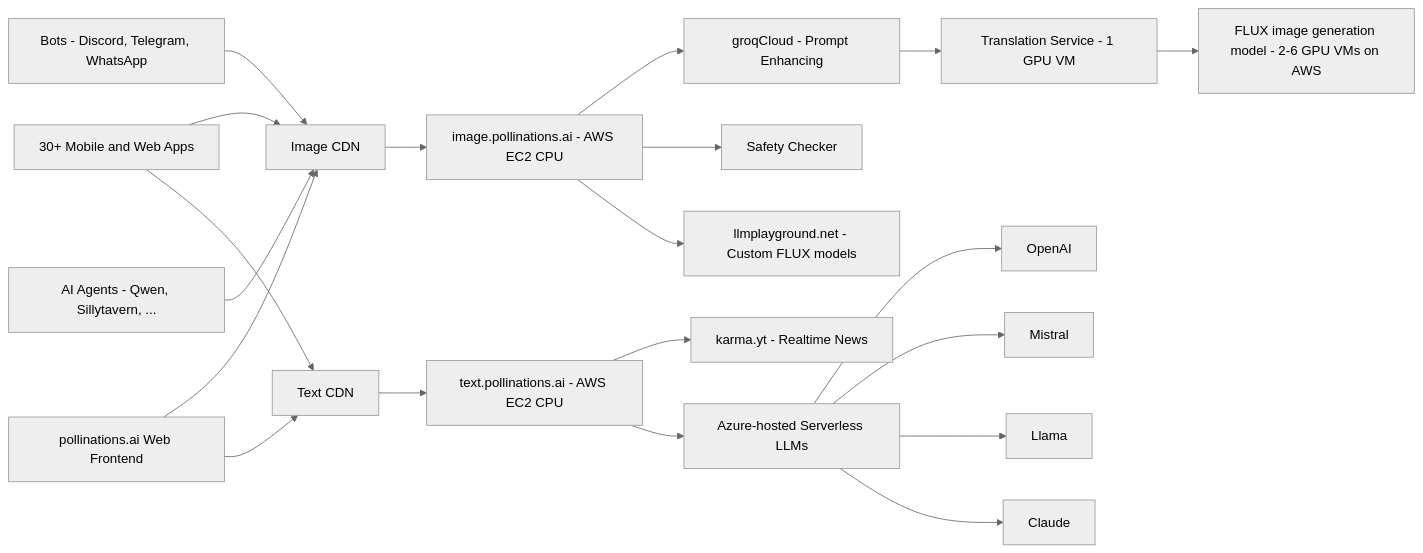
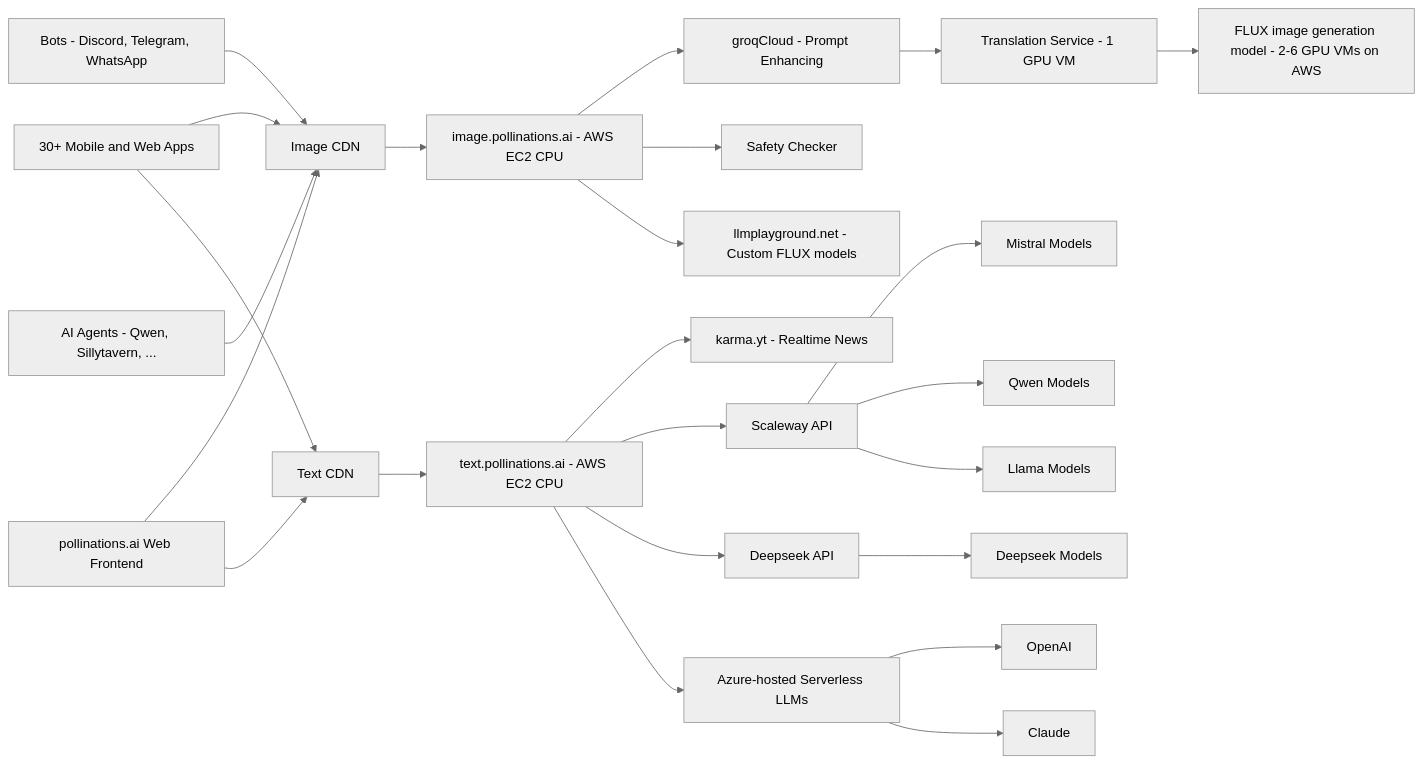
The diagram in README.md (pollinations/pollinations), drawn with Mermaid (neutral theme) before and after one commit.

Commit message:
Update mermaid diagram with new text API endpoints
Updated the architecture diagram to reflect:
- Added Scaleway API for mistral, qwen and llama models
- Added Deepseek API for deepseek models
- Reorganized text generation service connections

Closes #1002

````diff
--- a/README.md
+++ b/README.md
@@ -122,29 +122,33 @@
 ```mermaid
 graph LR
     Q[Bots - Discord, Telegram, WhatsApp] --> L1
     
     N[30+ Mobile and Web Apps] --> L1
     N --> L2
     
     A[pollinations.ai Web Frontend] --> L1
     A --> L2
     
     R[AI Agents - Qwen, Sillytavern, ...] --> L1
     
     L1[Image CDN] --> B
     L2[Text CDN] --> C
     
     B[image.pollinations.ai - AWS EC2 CPU] --> F[groqCloud - Prompt Enhancing]
     B --> S[Safety Checker]
     B --> M[llmplayground.net - Custom FLUX models]
     F --> E[Translation Service - 1 GPU VM]
     E --> D[FLUX image generation model - 2-6 GPU VMs on AWS]
     
     C[text.pollinations.ai - AWS EC2 CPU] --> P[karma.yt - Realtime News]
+    C --> SC[Scaleway API]
+    C --> DS[Deepseek API]
     C --> G[Azure-hosted Serverless LLMs]
-    G  --> H[OpenAI]
-    G --> I[Mistral]
-    G --> J[Llama]
+    SC --> MI[Mistral Models]
+    SC --> QW[Qwen Models]
+    SC --> LL[Llama Models]
+    DS --> DM[Deepseek Models]
+    G --> H[OpenAI]
     G --> K[Claude]
 
 ```
````
